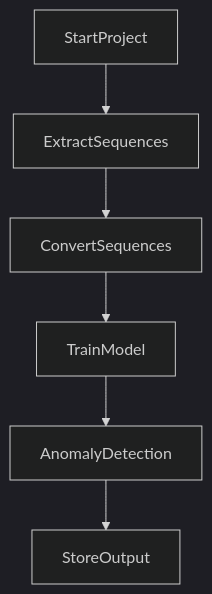
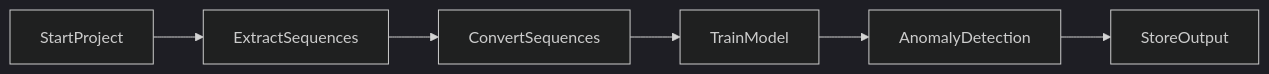
One commit to mahbubur-r/neocortexapi changed the diagram in source/MySEProject/README.md. Above: the diagram before and after it, drawn with Mermaid (dark theme). The commit also changed other lines of this file, not shown here.

Commit message:
added diagram

````diff
--- a/source/MySEProject/README.md
+++ b/source/MySEProject/README.md
@@ -48,8 +50,8 @@
 ```mermaid
-graph TD;
+graph LR;
     StartProject --> ExtractSequences;
     ExtractSequences --> ConvertSequences;
     ConvertSequences --> TrainModel;
     TrainModel --> AnomalyDetection;
     AnomalyDetection --> StoreOutput;
 ```
````
